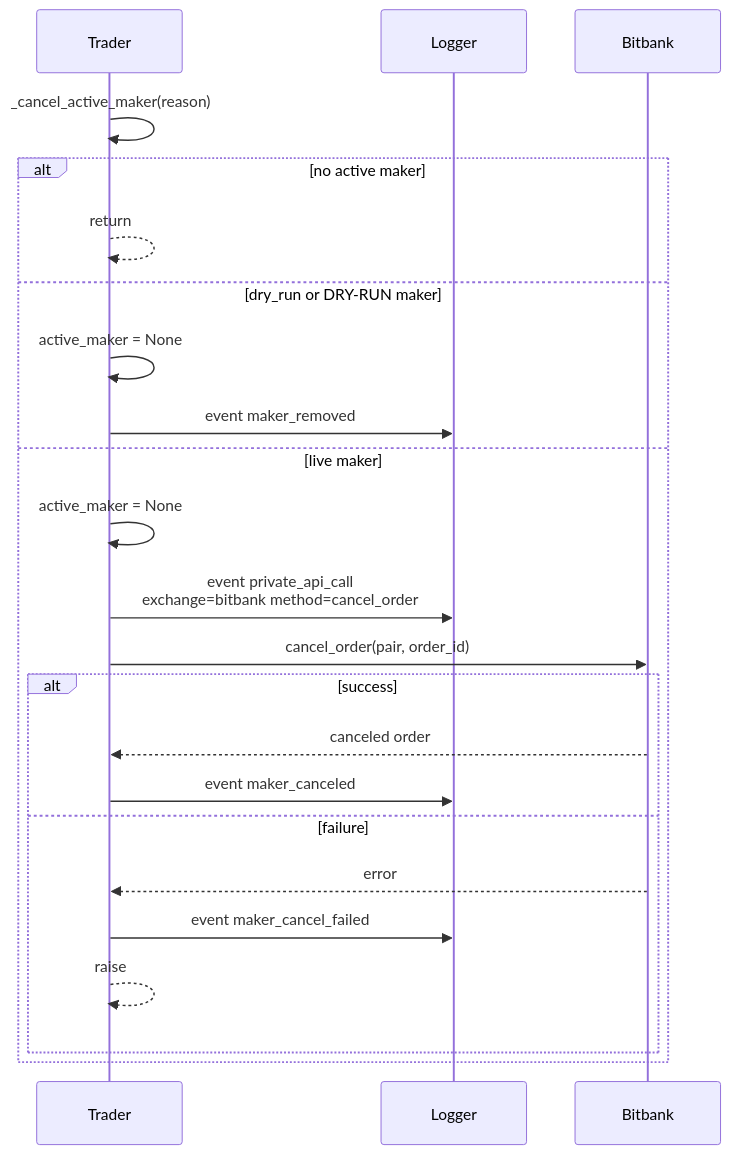
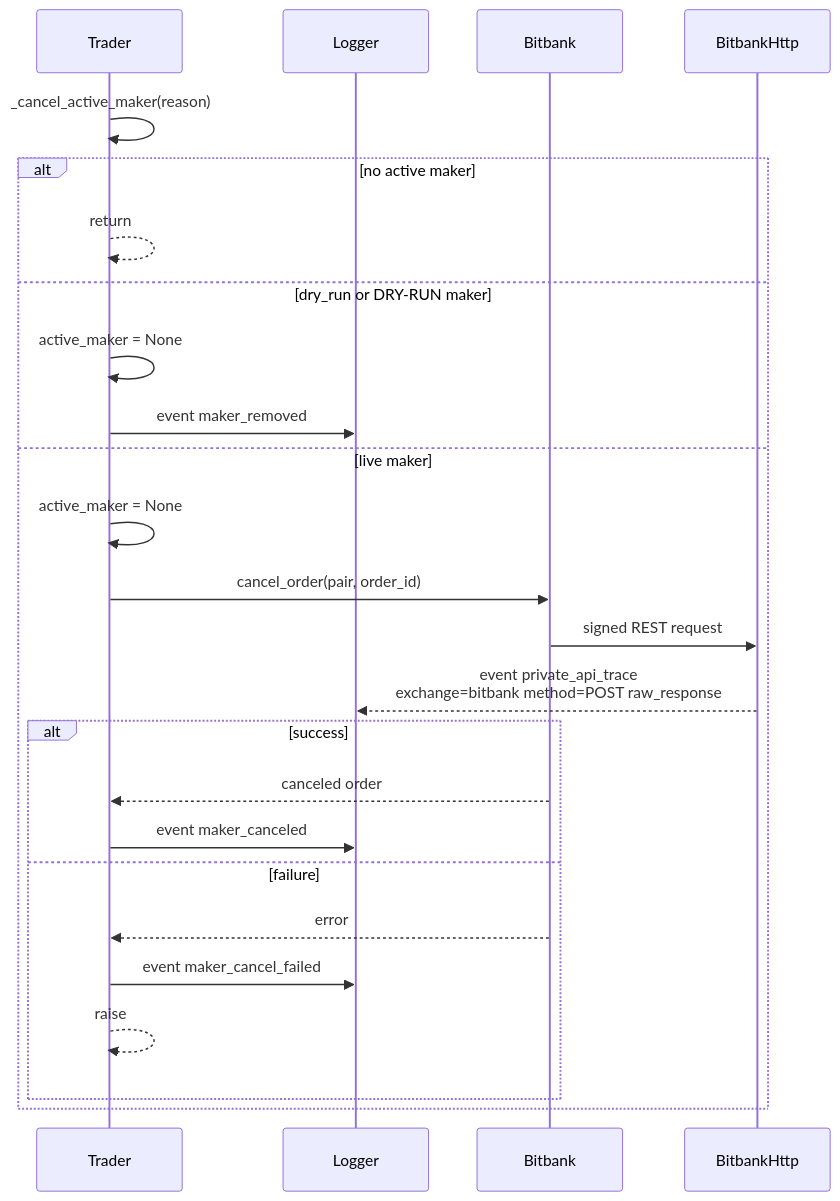
One commit to 00ken00/vibe_bot changed the sixth of 7 diagrams in src/vibe_bot/trades/flowchart.md. Above: the diagram before and after it, drawn with Mermaid. The commit also changed other lines of this file and 6 other files, not shown here.

````diff
--- a/src/vibe_bot/trades/flowchart.md
+++ b/src/vibe_bot/trades/flowchart.md
@@ -148,28 +155,30 @@
 ```mermaid
 sequenceDiagram
     participant Trader
     participant Logger
     participant Bitbank
+    participant BitbankHttp
 
     Trader->>Trader: _cancel_active_maker(reason)
 
     alt no active maker
         Trader-->>Trader: return
     else dry_run or DRY-RUN maker
         Trader->>Trader: active_maker = None
         Trader->>Logger: event maker_removed
     else live maker
         Trader->>Trader: active_maker = None
-        Trader->>Logger: event private_api_call<br/>exchange=bitbank method=cancel_order
         Trader->>Bitbank: cancel_order(pair, order_id)
+        Bitbank->>BitbankHttp: signed REST request
+        BitbankHttp-->>Logger: event private_api_trace<br/>exchange=bitbank method=POST raw_response
 
         alt success
             Bitbank-->>Trader: canceled order
             Trader->>Logger: event maker_canceled
         else failure
             Bitbank-->>Trader: error
             Trader->>Logger: event maker_cancel_failed
             Trader-->>Trader: raise
         end
     end
 ```
````
